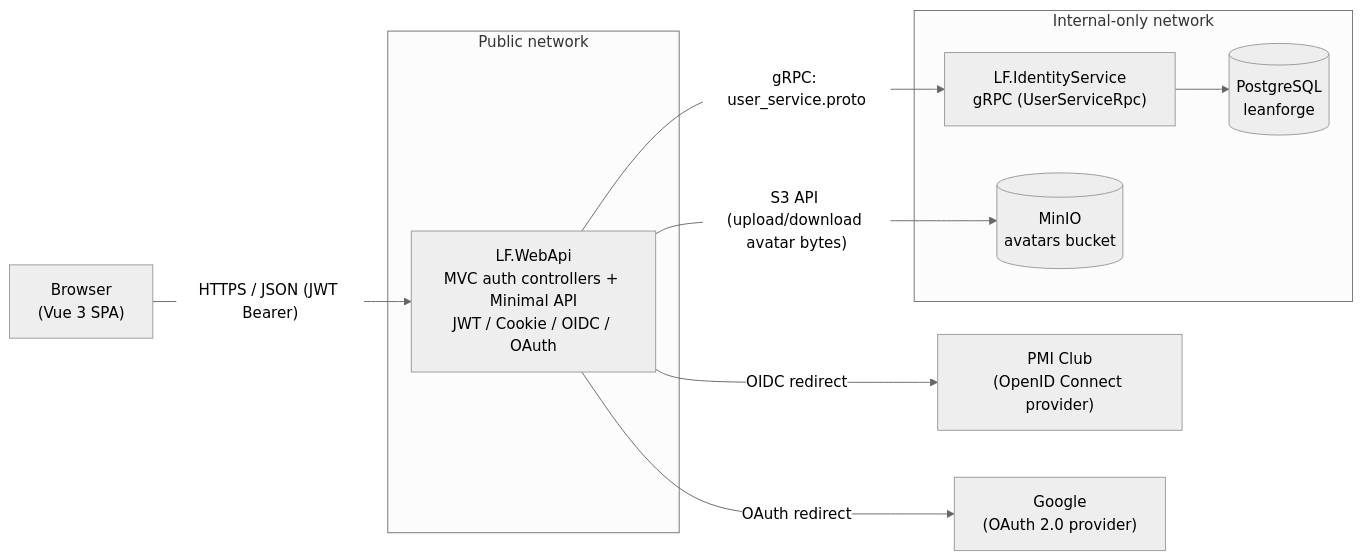
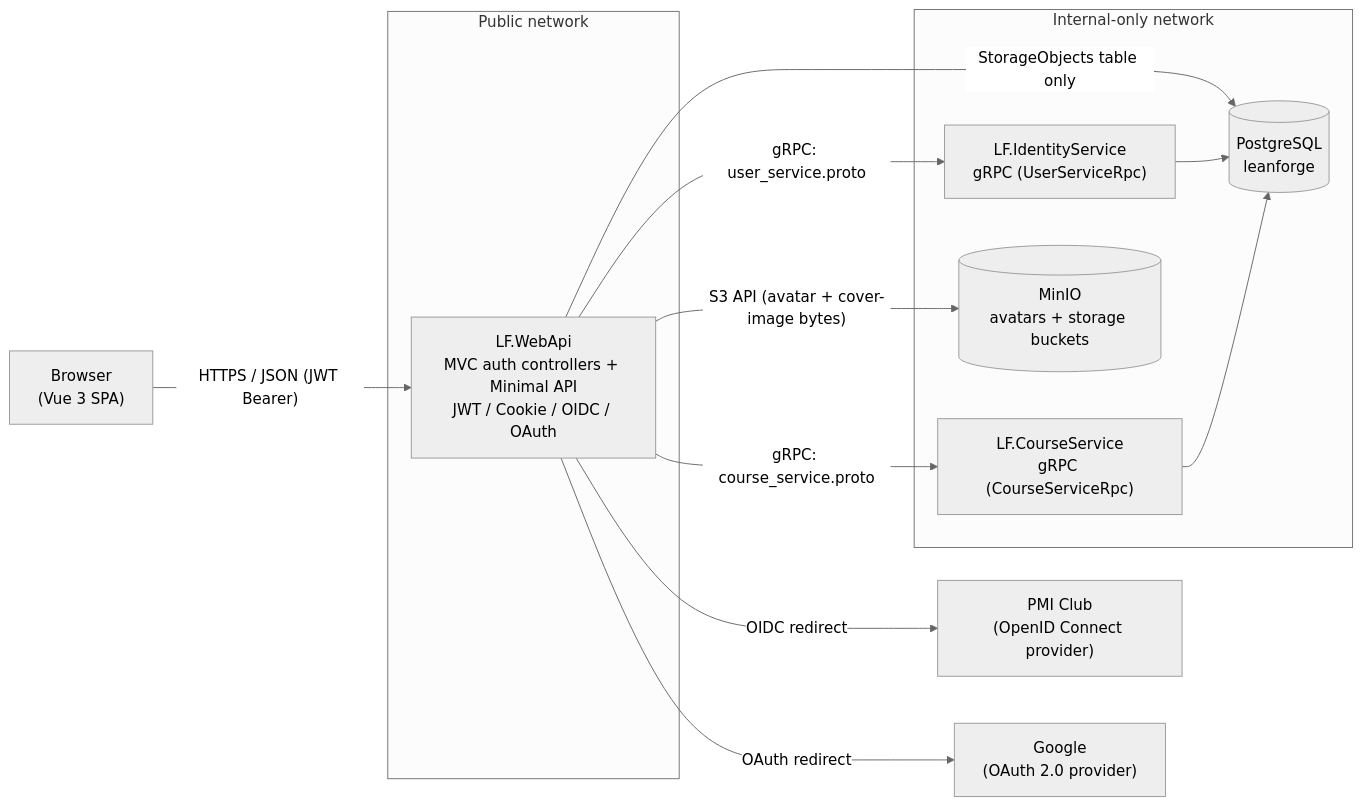
The first of 2 diagrams in README.md (TopTuK/LeanForgeLMS), drawn with Mermaid (neutral theme) before and after one commit. The commit also changed other lines of this file and 72 other files, not shown here.

Commit message:
Add course cover

````diff
--- a/README.md
+++ b/README.md
@@ -17,23 +18,27 @@
 ```mermaid
 graph LR
     Browser["Browser<br/>(Vue 3 SPA)"]
     PMI["PMI Club<br/>(OpenID Connect provider)"]
     Google["Google<br/>(OAuth 2.0 provider)"]
 
     subgraph Public["Public network"]
         WebApi["LF.WebApi<br/>MVC auth controllers + Minimal API<br/>JWT / Cookie / OIDC / OAuth"]
     end
 
     subgraph Internal["Internal-only network"]
         IdentitySvc["LF.IdentityService<br/>gRPC (UserServiceRpc)"]
+        CourseSvc["LF.CourseService<br/>gRPC (CourseServiceRpc)"]
         Postgres[("PostgreSQL<br/>leanforge")]
-        Minio[("MinIO<br/>avatars bucket")]
+        Minio[("MinIO<br/>avatars + storage buckets")]
     end
 
     Browser -- "HTTPS / JSON (JWT Bearer)" --> WebApi
     WebApi -- "OIDC redirect" --> PMI
     WebApi -- "OAuth redirect" --> Google
     WebApi -- "gRPC: user_service.proto" --> IdentitySvc
-    WebApi -- "S3 API (upload/download avatar bytes)" --> Minio
+    WebApi -- "gRPC: course_service.proto" --> CourseSvc
+    WebApi -- "S3 API (avatar + cover-image bytes)" --> Minio
+    WebApi -- "StorageObjects table only" --> Postgres
     IdentitySvc --> Postgres
+    CourseSvc --> Postgres
 ```
````
